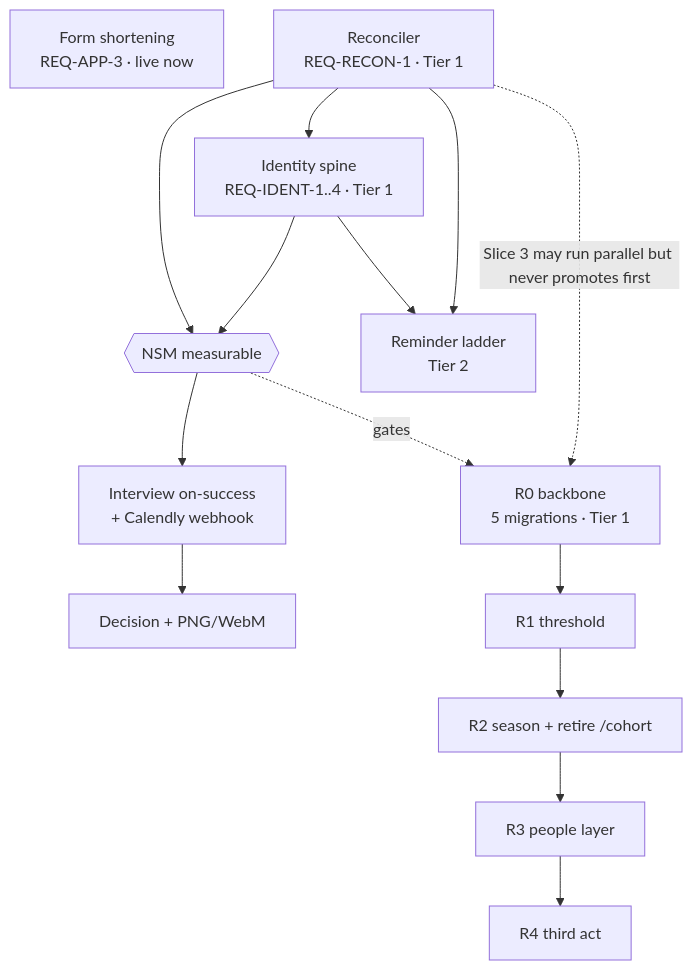
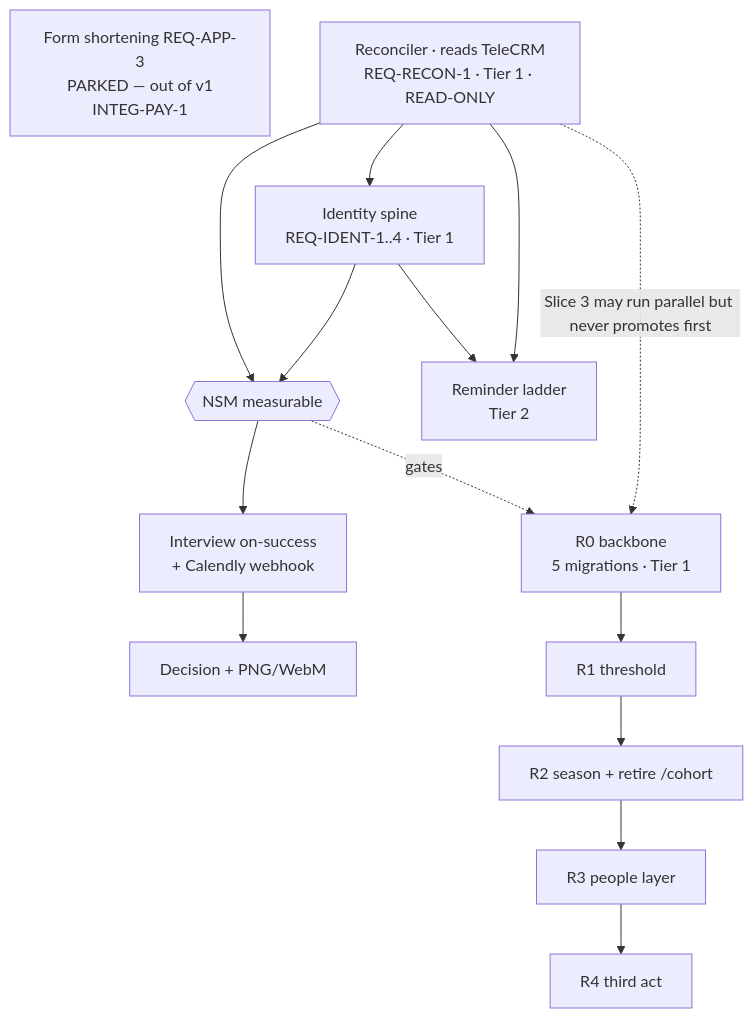
Before and after one commit to levelupadmin/LevelUp-Main-App: the fourth of 4 diagrams in design/cohorts/docs/08-ROLLOUT-MIGRATION.md, drawn with Mermaid. The commit also changed other lines of this file and 39 other files, not shown here.

````diff
--- a/design/cohorts/docs/08-ROLLOUT-MIGRATION.md
+++ b/design/cohorts/docs/08-ROLLOUT-MIGRATION.md
@@ -291,26 +295,26 @@
 ```mermaid
 flowchart TD
-    APP3[Form shortening<br/>REQ-APP-3 · live now] 
-    RECON[Reconciler<br/>REQ-RECON-1 · Tier 1]
+    APP3[Form shortening REQ-APP-3<br/>PARKED — out of v1<br/>INTEG-PAY-1] 
+    RECON[Reconciler · reads TeleCRM<br/>REQ-RECON-1 · Tier 1 · READ-ONLY]
     SPINE[Identity spine<br/>REQ-IDENT-1..4 · Tier 1]
     LADDER[Reminder ladder<br/>Tier 2]
     INT[Interview on-success<br/>+ Calendly webhook]
     DEC[Decision + PNG/WebM]
     R0[R0 backbone<br/>5 migrations · Tier 1]
     R1[R1 threshold]
     R2[R2 season + retire /cohort]
     R3[R3 people layer]
     R4[R4 third act]
     NSM{{NSM measurable}}
 
     RECON --> NSM
     SPINE --> NSM
     RECON --> SPINE
     SPINE --> LADDER
     RECON --> LADDER
     NSM --> INT
     INT --> DEC
     R0 --> R1 --> R2 --> R3 --> R4
     RECON -.Slice 3 may run parallel but never promotes first.-> R0
     NSM -.gates.-> R0
 ```
````
